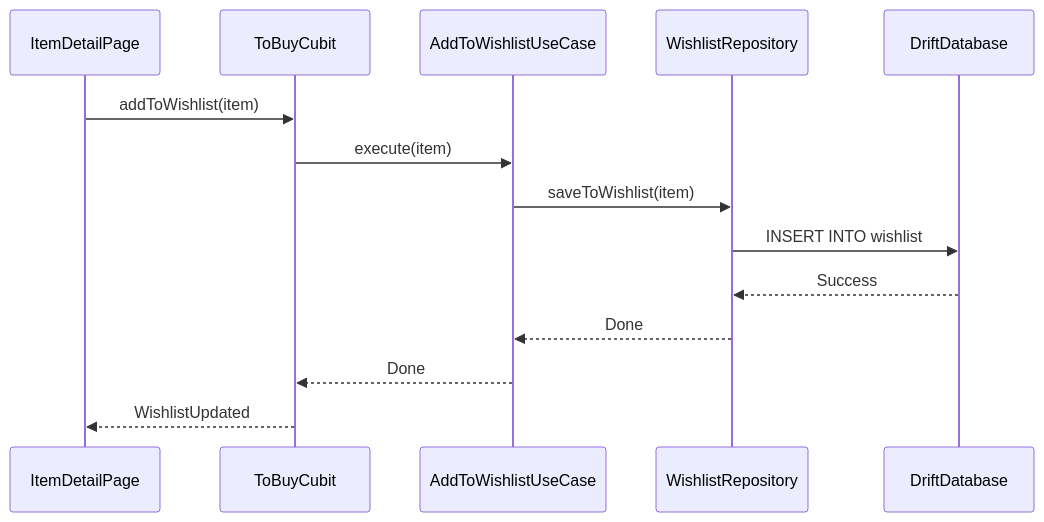
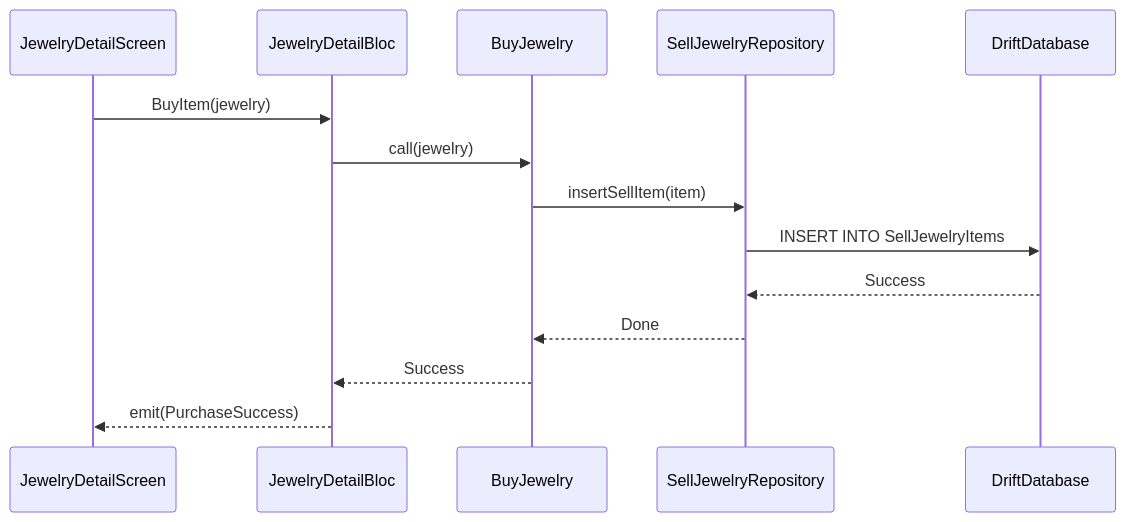
One commit to tuyen123khac/clean-architecture-todo-app changed the second of 4 diagrams in README.md. Above: the diagram before and after it, drawn with Mermaid. The commit also changed other lines of this file, not shown here.

````diff
--- a/README.md
+++ b/README.md
@@ -161,17 +155,17 @@
 ```mermaid
 sequenceDiagram
-    participant UI as ItemDetailPage
-    participant C as ToBuyCubit
-    participant UC as AddToWishlistUseCase
-    participant R as WishlistRepository
+    participant UI as JewelryDetailScreen
+    participant Bloc as JewelryDetailBloc
+    participant UC as BuyJewelry
+    participant Repo as SellJewelryRepository
     participant DB as DriftDatabase
 
-    UI->>C: addToWishlist(item)
-    C->>UC: execute(item)
-    UC->>R: saveToWishlist(item)
-    R->>DB: INSERT INTO wishlist
-    DB-->>R: Success
-    R-->>UC: Done
-    UC-->>C: Done
-    C-->>UI: WishlistUpdated
+    UI->>Bloc: BuyItem(jewelry)
+    Bloc->>UC: call(jewelry)
+    UC->>Repo: insertSellItem(item)
+    Repo->>DB: INSERT INTO SellJewelryItems
+    DB-->>Repo: Success
+    Repo-->>UC: Done
+    UC-->>Bloc: Success
+    Bloc-->>UI: emit(PurchaseSuccess)
 ```
````
